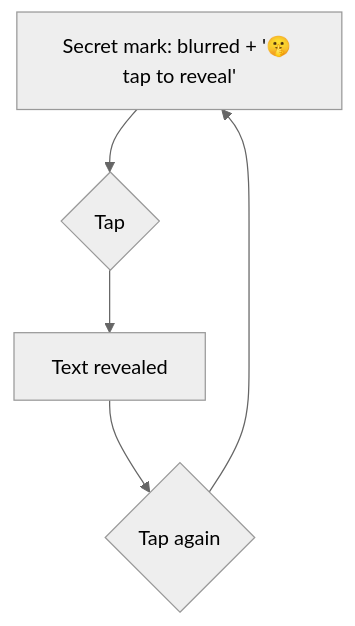
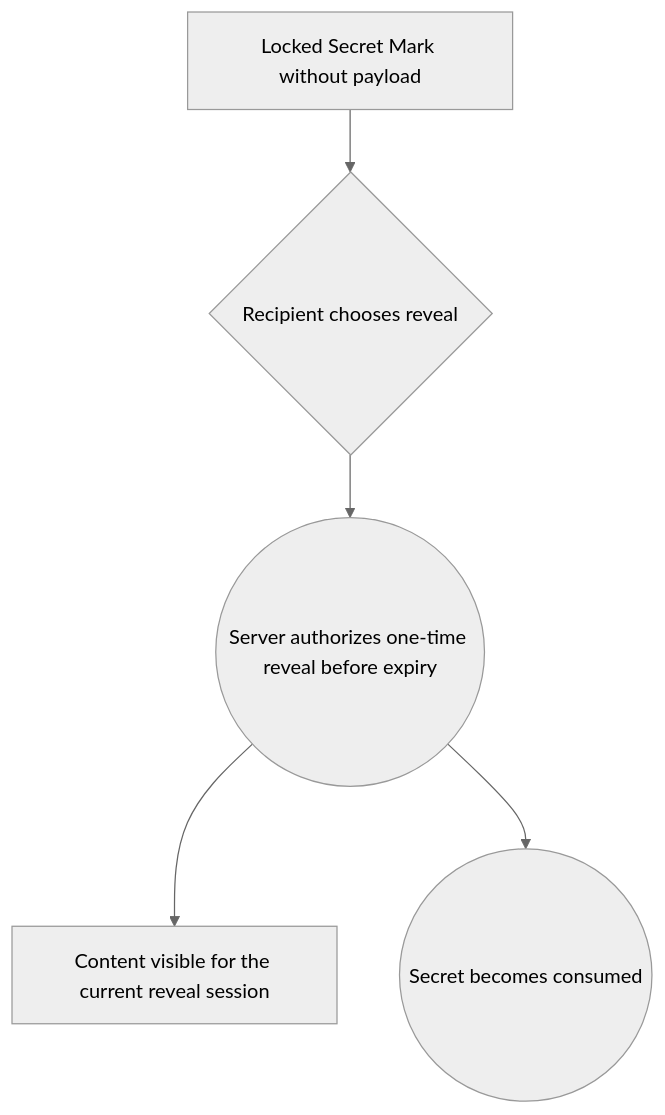
The fourth of 7 diagrams in docs/02_User_Flows.md (darshitmeghani1992/the-wall), drawn with Mermaid (neutral theme) before and after one commit. The commit also changed other lines of this file and 12 other files, not shown here.

````diff
--- a/docs/02_User_Flows.md
+++ b/docs/02_User_Flows.md
@@ -74,6 +64,7 @@
 ```mermaid
 flowchart TD
-  M[Secret mark: blurred + '🤫 tap to reveal'] --> Tap{Tap}
-  Tap --> R[Text revealed]
-  R --> Tap2{Tap again} --> M
+  M[Locked Secret Mark without payload] --> Tap{Recipient chooses reveal}
+  Tap --> R((Server authorizes one-time reveal before expiry))
+  R --> V[Content visible for the current reveal session]
+  R --> C((Secret becomes consumed))
 ```
````
